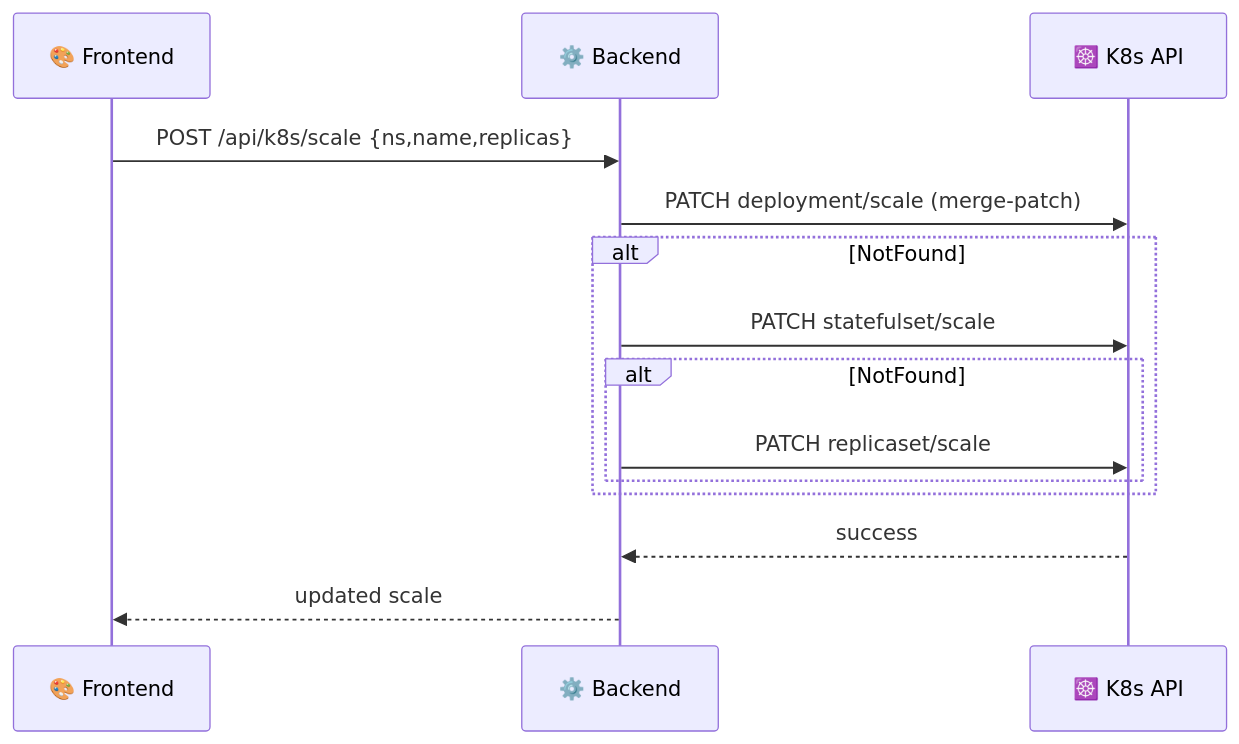
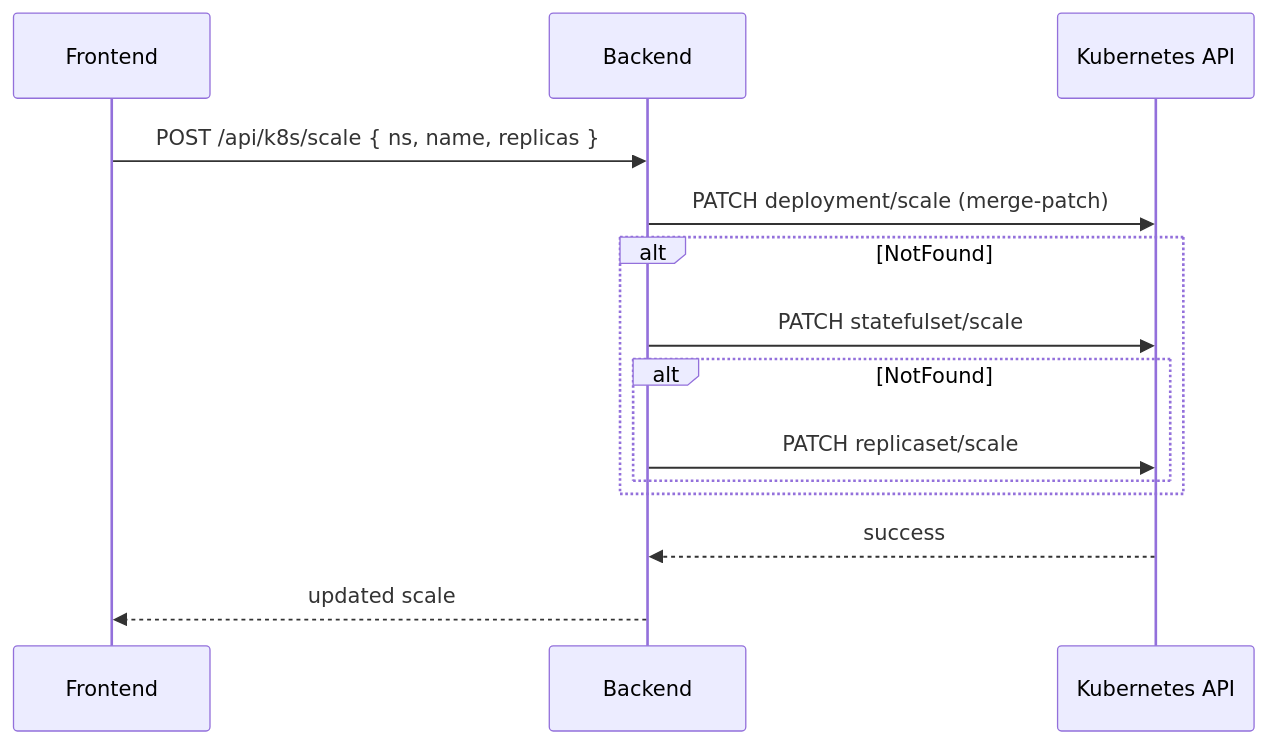
The fifth of 5 diagrams in README.md (Sandarsh18/KubePulse-Real-Time-Kubernetes-Management-Dashboard), drawn with Mermaid before and after one commit. The commit also changed other lines of this file, not shown here.

Commit message:
Docs: simplify Mermaid diagrams for GitHub readability (shorter labels, no emojis/styles)

````diff
--- a/README.md
+++ b/README.md
@@ -281,17 +265,17 @@
 ```mermaid
 sequenceDiagram
-    participant FE as 🎨 Frontend
-    participant BE as ⚙️ Backend
-    participant K8s as ☸️ K8s API
+    participant FE as Frontend
+    participant BE as Backend
+    participant K8s as Kubernetes API
 
-    FE->>BE: POST /api/k8s/scale {ns,name,replicas}
+    FE->>BE: POST /api/k8s/scale { ns, name, replicas }
     BE->>K8s: PATCH deployment/scale (merge-patch)
     alt NotFound
       BE->>K8s: PATCH statefulset/scale
       alt NotFound
         BE->>K8s: PATCH replicaset/scale
       end
     end
     K8s-->>BE: success
     BE-->>FE: updated scale
 ```
````
